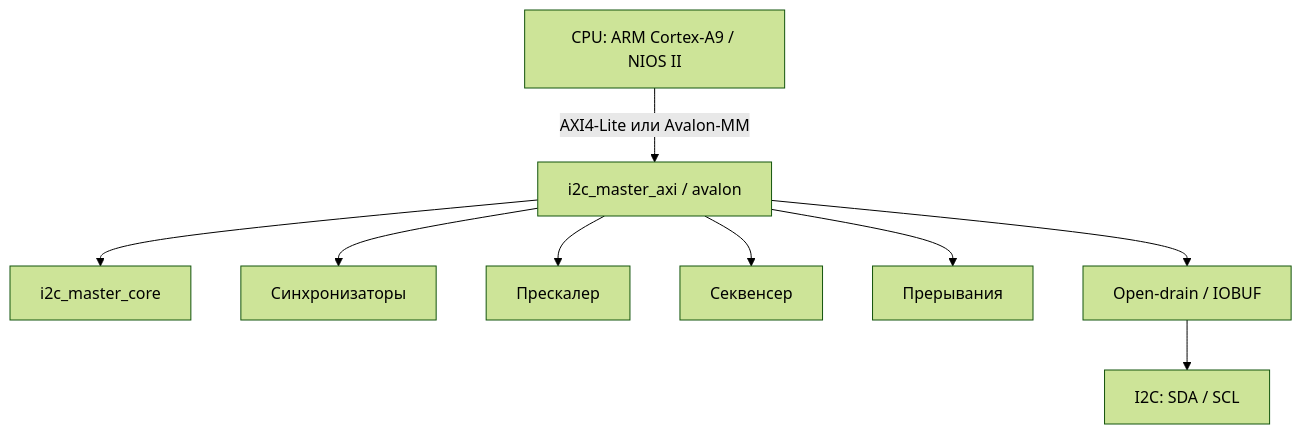
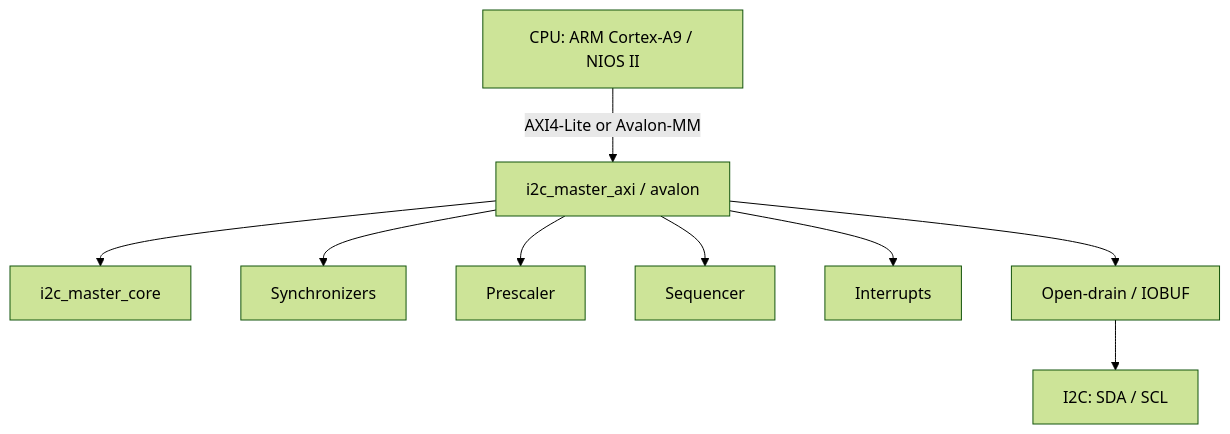
The diagram in README.md (megalloid/I2C_Master_Controller), drawn with Mermaid (forest theme) before and after one commit. The commit also changed other lines of this file and 9 other files, not shown here.

````diff
--- a/README.md
+++ b/README.md
@@ -37,11 +40,11 @@
 ```mermaid
 graph TD
-    PS[CPU: ARM Cortex-A9 / NIOS II] -->|AXI4-Lite или Avalon-MM| WRAP[i2c_master_axi / avalon]
+    PS[CPU: ARM Cortex-A9 / NIOS II] -->|AXI4-Lite or Avalon-MM| WRAP[i2c_master_axi / avalon]
     WRAP --> CORE[i2c_master_core]
-    WRAP --> SYNC[Синхронизаторы]
-    WRAP --> PRE[Прескалер]
-    WRAP --> SEQ[Секвенсер]
-    WRAP --> IRQ[Прерывания]
+    WRAP --> SYNC[Synchronizers]
+    WRAP --> PRE[Prescaler]
+    WRAP --> SEQ[Sequencer]
+    WRAP --> IRQ[Interrupts]
     WRAP --> BUF[Open-drain / IOBUF]
     BUF --> BUS[I2C: SDA / SCL]
 ```
````
